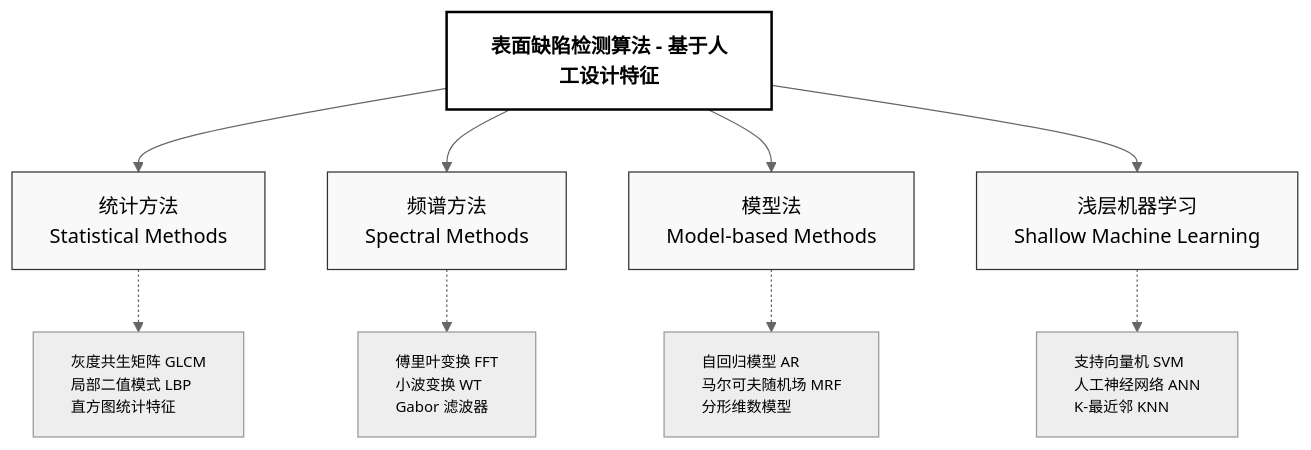
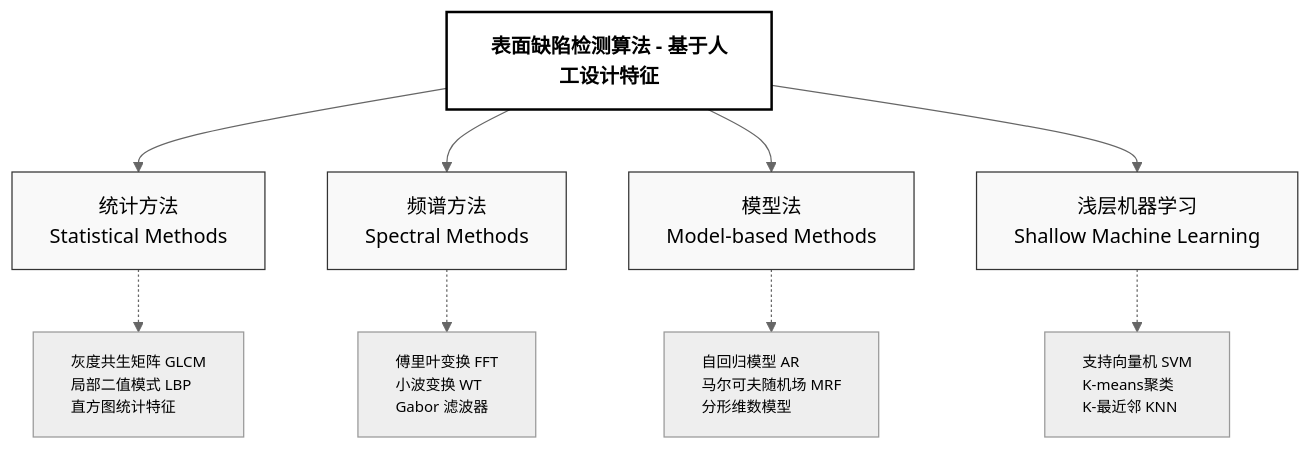
One commit to MAOSHENGsong/iodraw-files changed the diagram in all/未命名-1.md. Above: the diagram before and after it, drawn with Mermaid (neutral theme).

Commit message:
2026-03-17 18:41:11 update

````diff
--- a/all/未命名-1.md
+++ b/all/未命名-1.md
@@ -1,41 +1,41 @@
 ```mermaid
 graph TB
     %% 核心标题
     Main[表面缺陷检测算法 - 基于人工设计特征] 
     
     %% 第一层级：四大分支
     Statistical[统计方法<br/>Statistical Methods]
     Spectral[频谱方法<br/>Spectral Methods]
     Model[模型法<br/>Model-based Methods]
     Machine[浅层机器学习<br/>Shallow Machine Learning]
 
     %% 第二层级：典型算法
     Sub_Stat[灰度共生矩阵 GLCM<br/>局部二值模式 LBP<br/>直方图统计特征]
     Sub_Spec[傅里叶变换 FFT<br/>小波变换 WT<br/>Gabor 滤波器]
     Sub_Mod[自回归模型 AR<br/>马尔可夫随机场 MRF<br/>分形维数模型]
-    Sub_Mach[支持向量机 SVM<br/>人工神经网络 ANN<br/>K-最近邻 KNN]
+    Sub_Mach[支持向量机 SVM<br/>K-means聚类<br/>K-最近邻 KNN]
 
     %% 建立连接
     Main --> Statistical
     Main --> Spectral
     Main --> Model
     Main --> Machine
 
     Statistical -.-> Sub_Stat
     Spectral -.-> Sub_Spec
     Model -.-> Sub_Mod
     Machine -.-> Sub_Mach
 
     %% 样式美化：论文通常使用白底黑字或淡色调
     style Main fill:#ffffff,stroke:#000,stroke-width:2px,font-weight:bold
     style Statistical fill:#f9f9f9,stroke:#333,stroke-width:1px
     style Spectral fill:#f9f9f9,stroke:#333,stroke-width:1px
     style Model fill:#f9f9f9,stroke:#333,stroke-width:1px
     style Machine fill:#f9f9f9,stroke:#333,stroke-width:1px
     
     %% 细化子项样式
     style Sub_Stat font-size:12px,text-align:left
     style Sub_Spec font-size:12px,text-align:left
     style Sub_Mod font-size:12px,text-align:left
     style Sub_Mach font-size:12px,text-align:left
 ```
````
